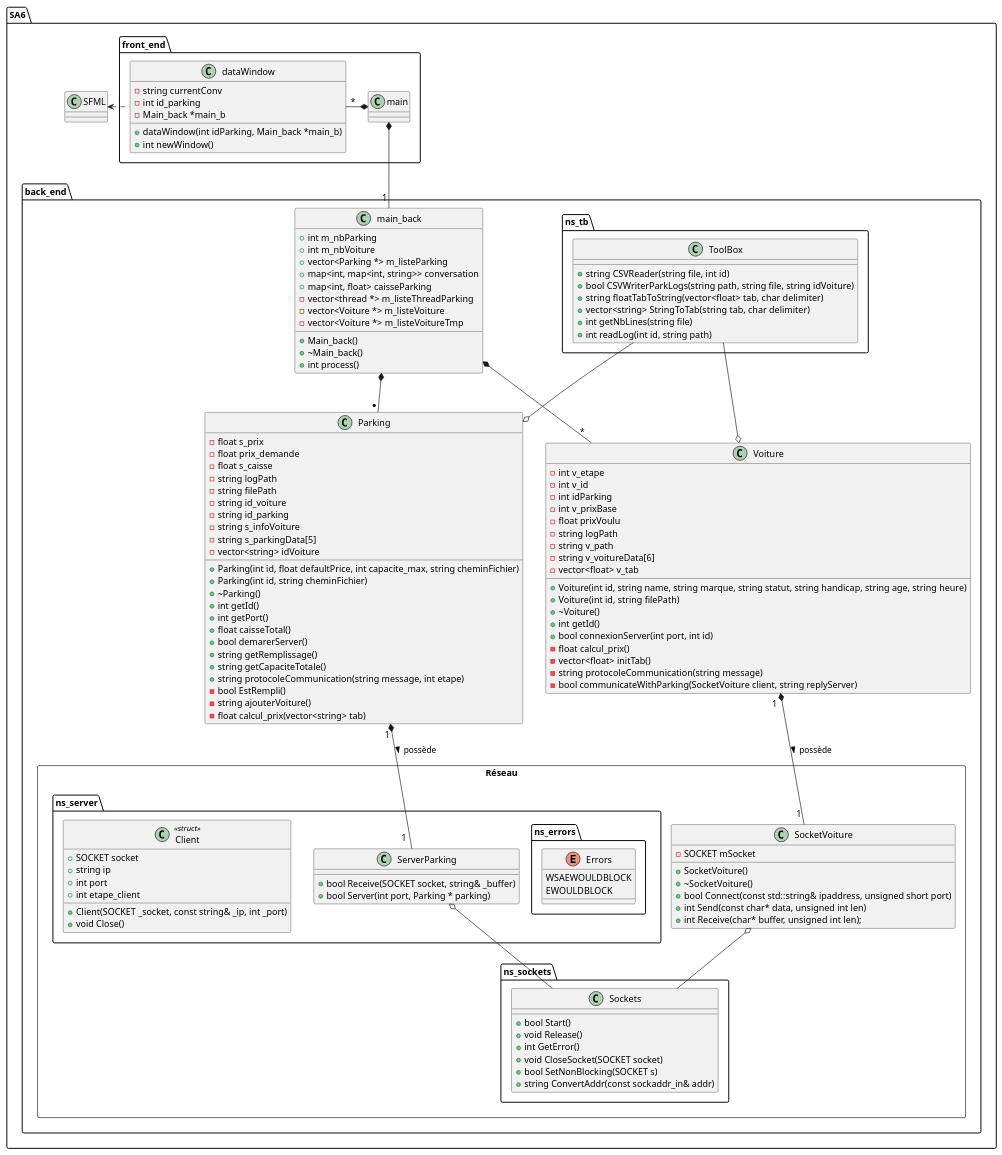
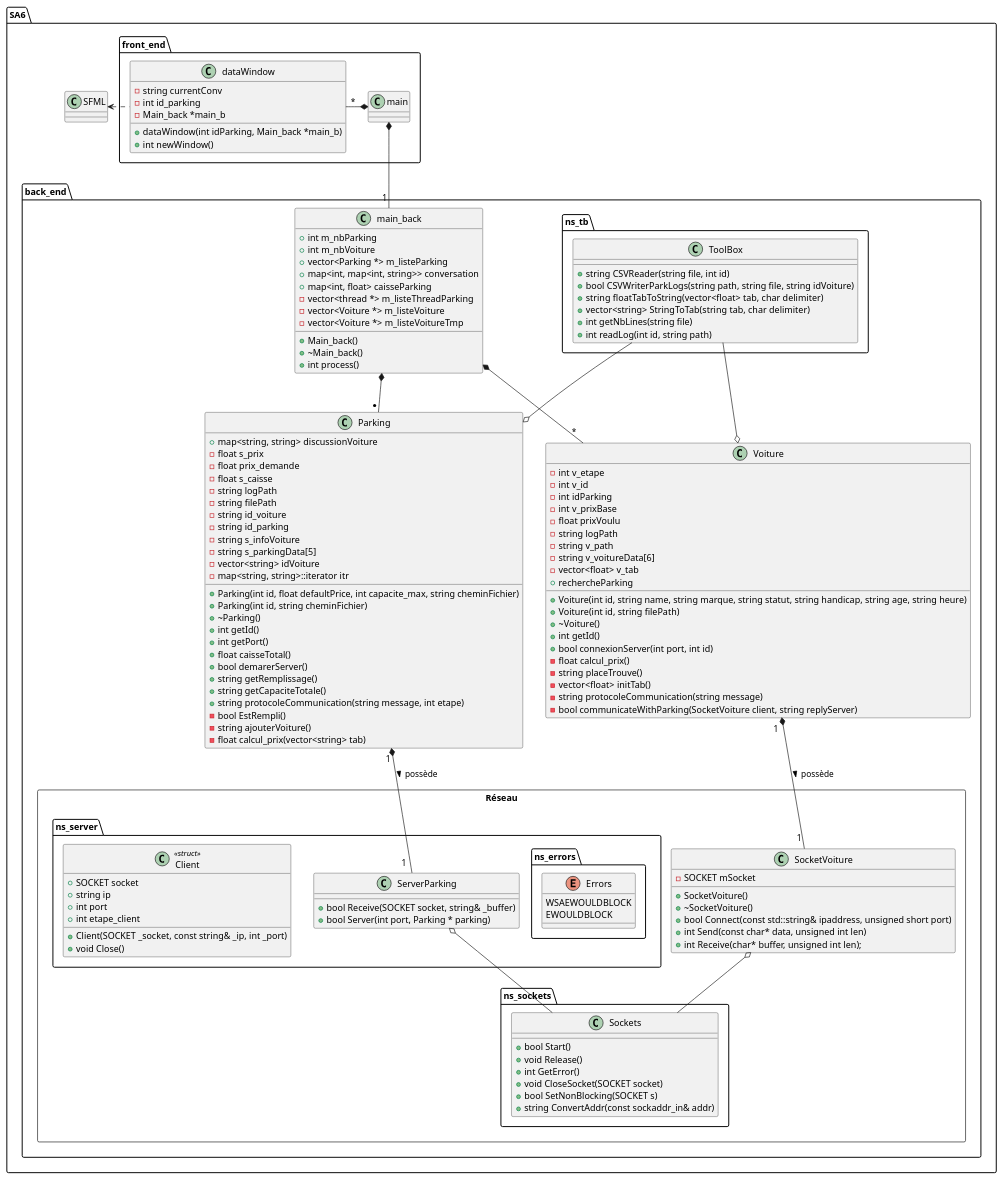
Before and after one commit to KevinFroissart/SA6_CarPark_AI: the diagram in SA6/doc/uml.plantuml, drawn with PlantUML. The commit also changed 46 other files, not shown here.

```diff
--- a/SA6/doc/uml.plantuml
+++ b/SA6/doc/uml.plantuml
@@ -1,167 +1,171 @@
 @startuml SA6_uml
 
 package SA6 {
 
     package front_end {
         class main {}
         class dataWindow {
             - string currentConv
             - int id_parking
             - Main_back *main_b
 
             + dataWindow(int idParking, Main_back *main_b)
             + int newWindow()
         }
     }
 
     class SFML {}
 
     package back_end {
 
         class main_back {
             + int m_nbParking
             + int m_nbVoiture
             + vector<Parking *> m_listeParking
             + map<int, map<int, string>> conversation
             + map<int, float> caisseParking
             - vector<thread *> m_listeThreadParking
             - vector<Voiture *> m_listeVoiture
             - vector<Voiture *> m_listeVoitureTmp
 
             + Main_back()
             + ~Main_back()
             + int process()
         }
 
         package ns_tb {
             class ToolBox {
                 + string CSVReader(string file, int id)
                 + bool CSVWriterParkLogs(string path, string file, string idVoiture)
                 + string floatTabToString(vector<float> tab, char delimiter)
                 + vector<string> StringToTab(string tab, char delimiter)
                 + int getNbLines(string file)
                 + int readLog(int id, string path)
 
             }
         }
         
         class Parking {
+            + map<string, string> discussionVoiture
             - float s_prix
             - float prix_demande
             - float s_caisse
             - string logPath
             - string filePath
             - string id_voiture
             - string id_parking
             - string s_infoVoiture
             - string s_parkingData[5]
             - vector<string> idVoiture
+            - map<string, string>::iterator itr
 
             + Parking(int id, float defaultPrice, int capacite_max, string cheminFichier)
             + Parking(int id, string cheminFichier)
             + ~Parking()
             + int getId()
             + int getPort()
             + float caisseTotal()
             + bool demarerServer()
             + string getRemplissage()
             + string getCapaciteTotale()
             + string protocoleCommunication(string message, int etape)
             - bool EstRempli()
             - string ajouterVoiture()
             - float calcul_prix(vector<string> tab)
         }
 
         Class Voiture {
             - int v_etape
             - int v_id
             - int idParking
             - int v_prixBase
             - float prixVoulu
             - string logPath
             - string v_path
             - string v_voitureData[6]
             - vector<float> v_tab
+            + rechercheParking
 
             + Voiture(int id, string name, string marque, string statut, string handicap, string age, string heure)
             + Voiture(int id, string filePath)
             + ~Voiture()
             + int getId()
             + bool connexionServer(int port, int id)
             - float calcul_prix()
+            - string placeTrouve()
             - vector<float> initTab()
             - string protocoleCommunication(string message)
             - bool communicateWithParking(SocketVoiture client, string replyServer)
         }
 
         package Réseau <<Rectangle>> {
 
             package ns_server {
                 Class ServerParking {
                     + bool Receive(SOCKET socket, string& _buffer)
                     + bool Server(int port, Parking * parking)
                 }
 
                 package ns_errors {
                     enum Errors {
                         WSAEWOULDBLOCK
                         EWOULDBLOCK
                     }
                 }
 
                 Class Client << struct >> {
                     + SOCKET socket
                     + string ip
                     + int port
                     + int etape_client
 
                     + Client(SOCKET _socket, const string& _ip, int _port)
                     + void Close()
                 }
             }
 
             Class SocketVoiture {
                 - SOCKET mSocket
 
                 + SocketVoiture()
                 + ~SocketVoiture()
                 + bool Connect(const std::string& ipaddress, unsigned short port)
                 + int Send(const char* data, unsigned int len)
                 + int Receive(char* buffer, unsigned int len);	
             }
 
             package ns_sockets{
 
                 Class Sockets {
 
                     + bool Start()
                     + void Release()
                     + int GetError()
                     + void CloseSocket(SOCKET socket)
                     + bool SetNonBlocking(SOCKET s)
                     + string ConvertAddr(const sockaddr_in& addr)    
                 }
             }
         }
     }
 }
 
 dataWindow .left.> SFML
 
 main *-left- "*" dataWindow
 main *-down-  "1 " main_back
 
 main_back *-- "*" Voiture
 main_back *-- "* " Parking
 
 ToolBox --o Voiture
 ToolBox --o Parking
 
 Parking "1 " *-- "1  " ServerParking : > possède
 Voiture "1  " *-- "1 " SocketVoiture : possède >
 
 SocketVoiture o-- Sockets
 ServerParking o-- Sockets
 
 
 @enduml
```
